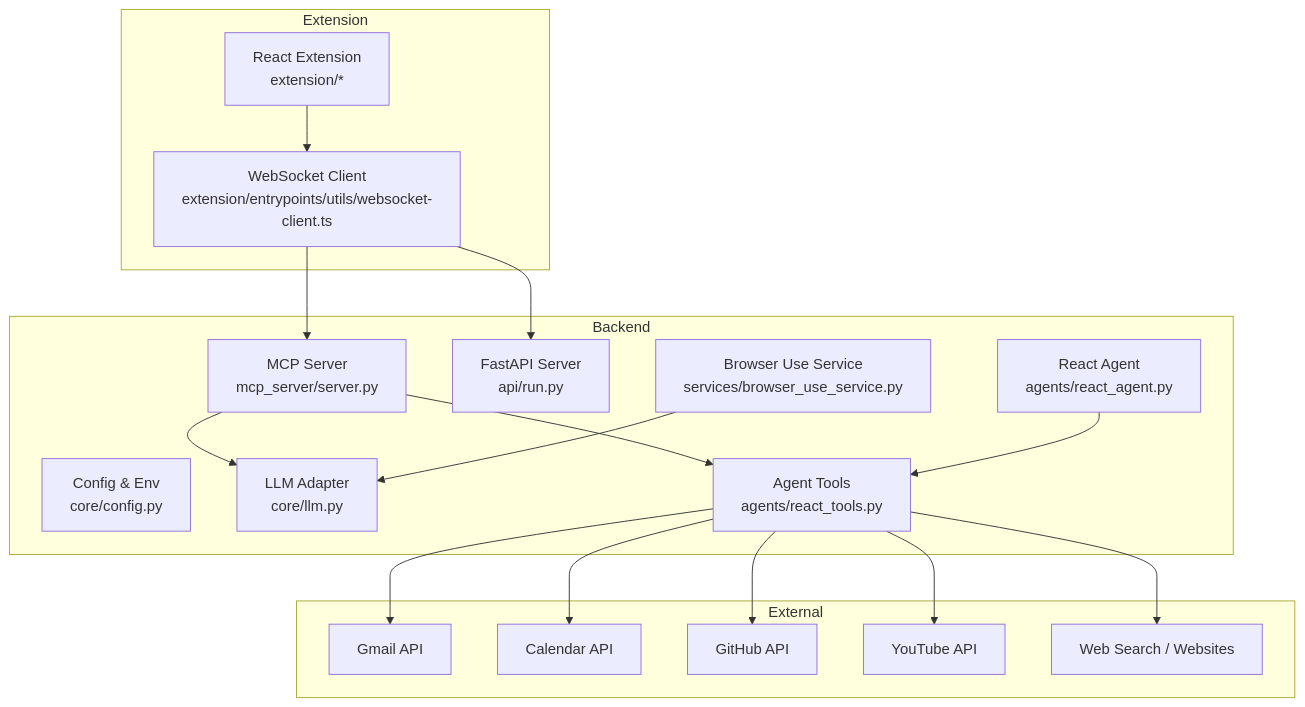
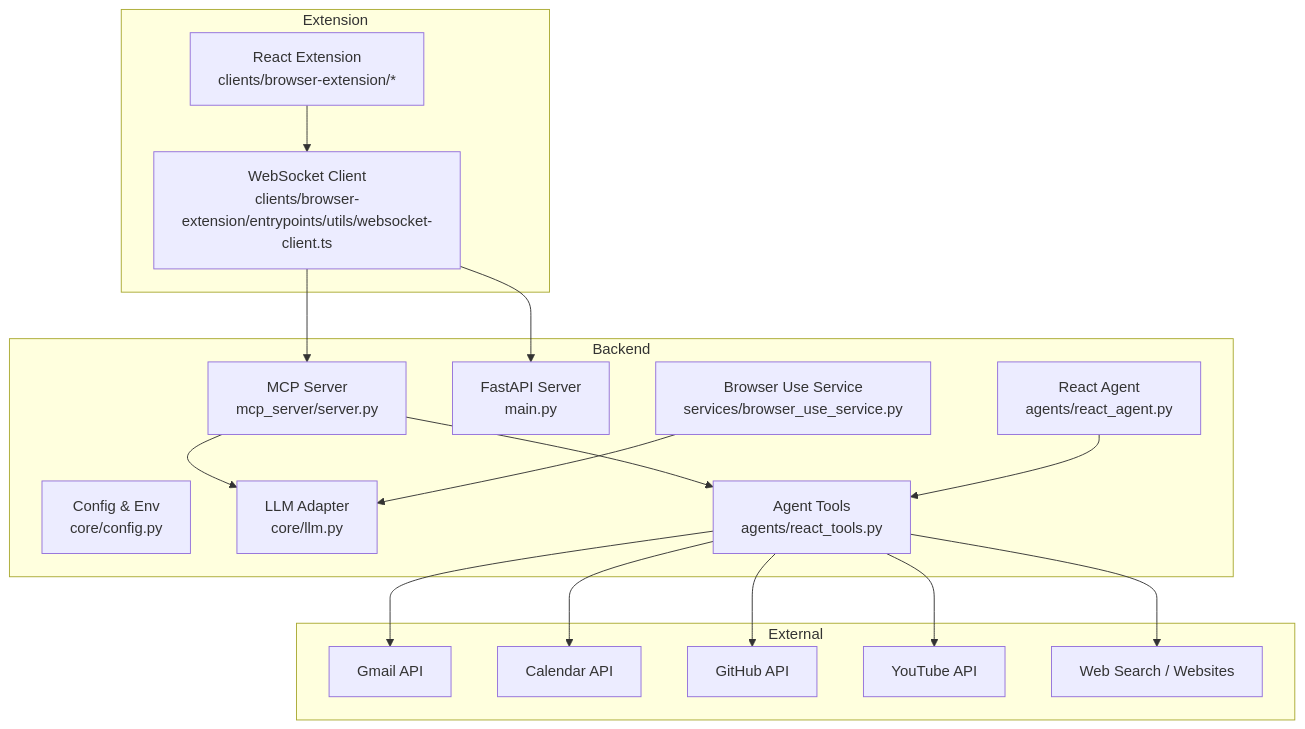
One commit to tashifkhan/tashif.codes changed the first of 6 diagrams in src/data/docs/agentic-browser/Testing Strategy.md. Above: the diagram before and after it, drawn with Mermaid. The commit also changed other lines of this file and 2128 other files, not shown here.

First line of the commit message:
docs: replace raster diagram images with native Mermaid across project guides

````diff
--- a/src/data/docs/agentic-browser/Testing Strategy.md
+++ b/src/data/docs/agentic-browser/Testing Strategy.md
@@ -15,35 +15,35 @@
 ```mermaid
 graph TB
 subgraph "Backend"
 MCP["MCP Server<br/>mcp_server/server.py"]
-API["FastAPI Server<br/>api/run.py"]
+API["FastAPI Server<br/>main.py"]
 CFG["Config & Env<br/>core/config.py"]
 LLM["LLM Adapter<br/>core/llm.py"]
 AG["React Agent<br/>agents/react_agent.py"]
 RT["Agent Tools<br/>agents/react_tools.py"]
 BRSVC["Browser Use Service<br/>services/browser_use_service.py"]
 end
 subgraph "Extension"
-EXT["React Extension<br/>extension/*"]
-WS["WebSocket Client<br/>extension/entrypoints/utils/websocket-client.ts"]
+EXT["React Extension<br/>clients/browser-extension/*"]
+WS["WebSocket Client<br/>clients/browser-extension/entrypoints/utils/websocket-client.ts"]
 end
 subgraph "External"
 GAPI["Gmail API"]
 CGAPI["Calendar API"]
 GHAPI["GitHub API"]
 YTAPI["YouTube API"]
 WEB["Web Search / Websites"]
 end
 EXT --> WS
 WS --> MCP
 WS --> API
 MCP --> LLM
 MCP --> RT
 RT --> GAPI
 RT --> CGAPI
 RT --> GHAPI
 RT --> YTAPI
 RT --> WEB
 BRSVC --> LLM
 AG --> RT
 ```
````
